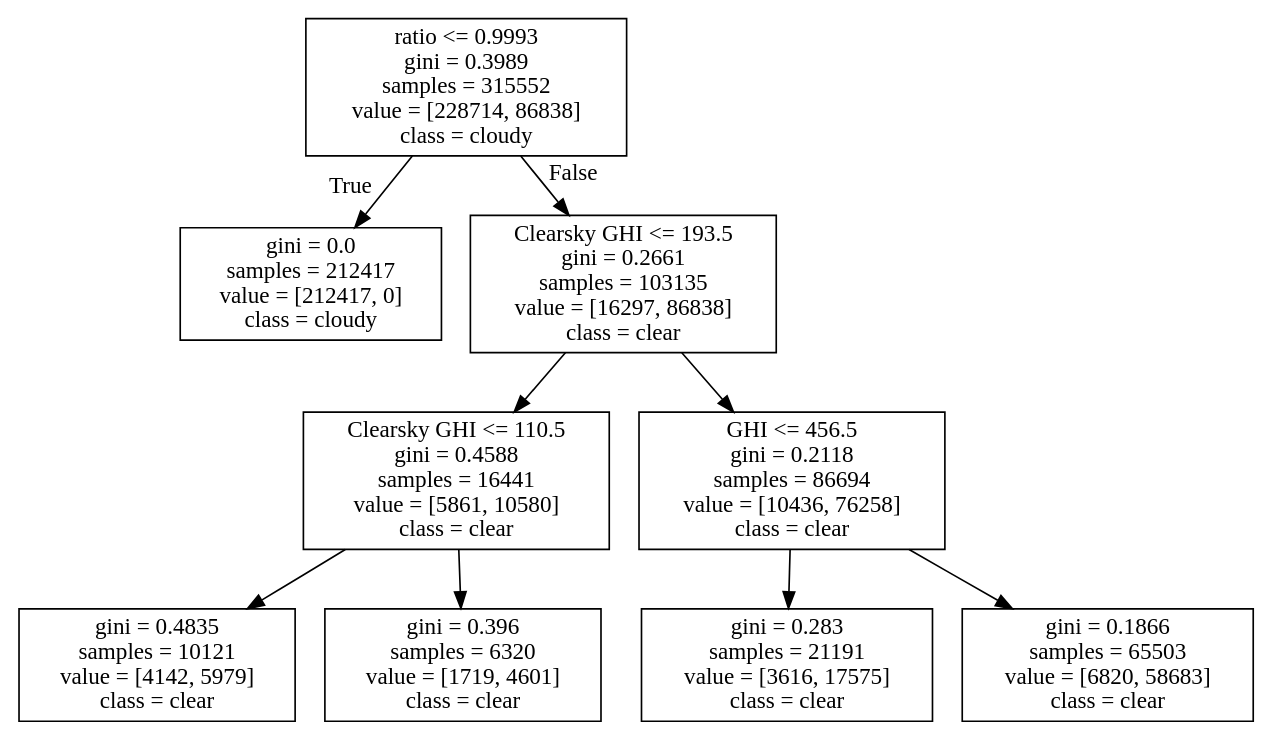
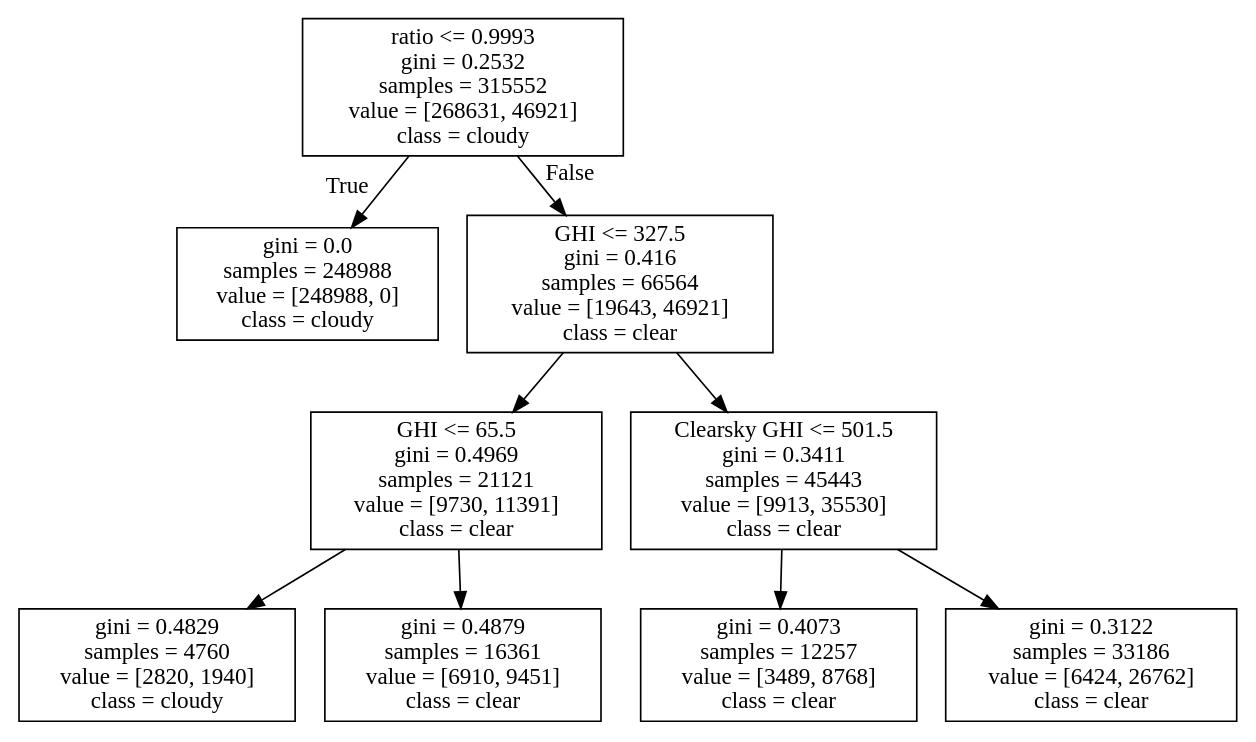
One commit to hackingmaterials/duramat changed the diagram in clearsky_detection/dt_max_depth_3.dot. Above: the diagram before and after it, drawn with Graphviz. The commit also changed 47 other files, not shown here.

```diff
--- a/clearsky_detection/dt_max_depth_3.dot
+++ b/clearsky_detection/dt_max_depth_3.dot
@@ -1,20 +1,20 @@
 digraph Tree {
 node [shape=box] ;
-0 [label="ratio <= 0.9993\ngini = 0.3989\nsamples = 315552\nvalue = [228714, 86838]\nclass = cloudy"] ;
-1 [label="gini = 0.0\nsamples = 212417\nvalue = [212417, 0]\nclass = cloudy"] ;
+0 [label="ratio <= 0.9993\ngini = 0.2532\nsamples = 315552\nvalue = [268631, 46921]\nclass = cloudy"] ;
+1 [label="gini = 0.0\nsamples = 248988\nvalue = [248988, 0]\nclass = cloudy"] ;
 0 -> 1 [labeldistance=2.5, labelangle=45, headlabel="True"] ;
-2 [label="Clearsky GHI <= 193.5\ngini = 0.2661\nsamples = 103135\nvalue = [16297, 86838]\nclass = clear"] ;
+2 [label="GHI <= 327.5\ngini = 0.416\nsamples = 66564\nvalue = [19643, 46921]\nclass = clear"] ;
 0 -> 2 [labeldistance=2.5, labelangle=-45, headlabel="False"] ;
-3 [label="Clearsky GHI <= 110.5\ngini = 0.4588\nsamples = 16441\nvalue = [5861, 10580]\nclass = clear"] ;
+3 [label="GHI <= 65.5\ngini = 0.4969\nsamples = 21121\nvalue = [9730, 11391]\nclass = clear"] ;
 2 -> 3 ;
-4 [label="gini = 0.4835\nsamples = 10121\nvalue = [4142, 5979]\nclass = clear"] ;
+4 [label="gini = 0.4829\nsamples = 4760\nvalue = [2820, 1940]\nclass = cloudy"] ;
 3 -> 4 ;
-5 [label="gini = 0.396\nsamples = 6320\nvalue = [1719, 4601]\nclass = clear"] ;
+5 [label="gini = 0.4879\nsamples = 16361\nvalue = [6910, 9451]\nclass = clear"] ;
 3 -> 5 ;
-6 [label="GHI <= 456.5\ngini = 0.2118\nsamples = 86694\nvalue = [10436, 76258]\nclass = clear"] ;
+6 [label="Clearsky GHI <= 501.5\ngini = 0.3411\nsamples = 45443\nvalue = [9913, 35530]\nclass = clear"] ;
 2 -> 6 ;
-7 [label="gini = 0.283\nsamples = 21191\nvalue = [3616, 17575]\nclass = clear"] ;
+7 [label="gini = 0.4073\nsamples = 12257\nvalue = [3489, 8768]\nclass = clear"] ;
 6 -> 7 ;
-8 [label="gini = 0.1866\nsamples = 65503\nvalue = [6820, 58683]\nclass = clear"] ;
+8 [label="gini = 0.3122\nsamples = 33186\nvalue = [6424, 26762]\nclass = clear"] ;
 6 -> 8 ;
 }
```
